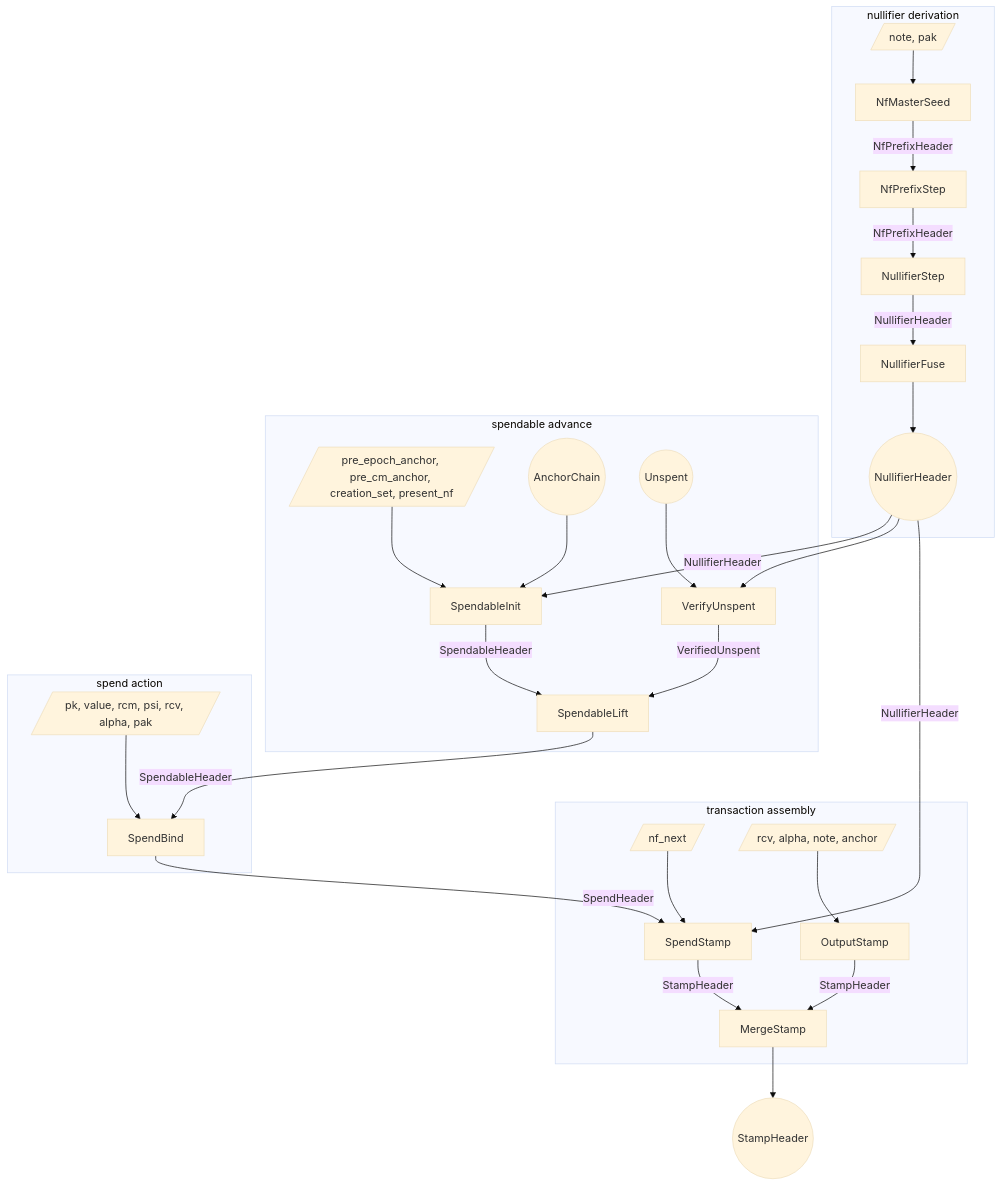
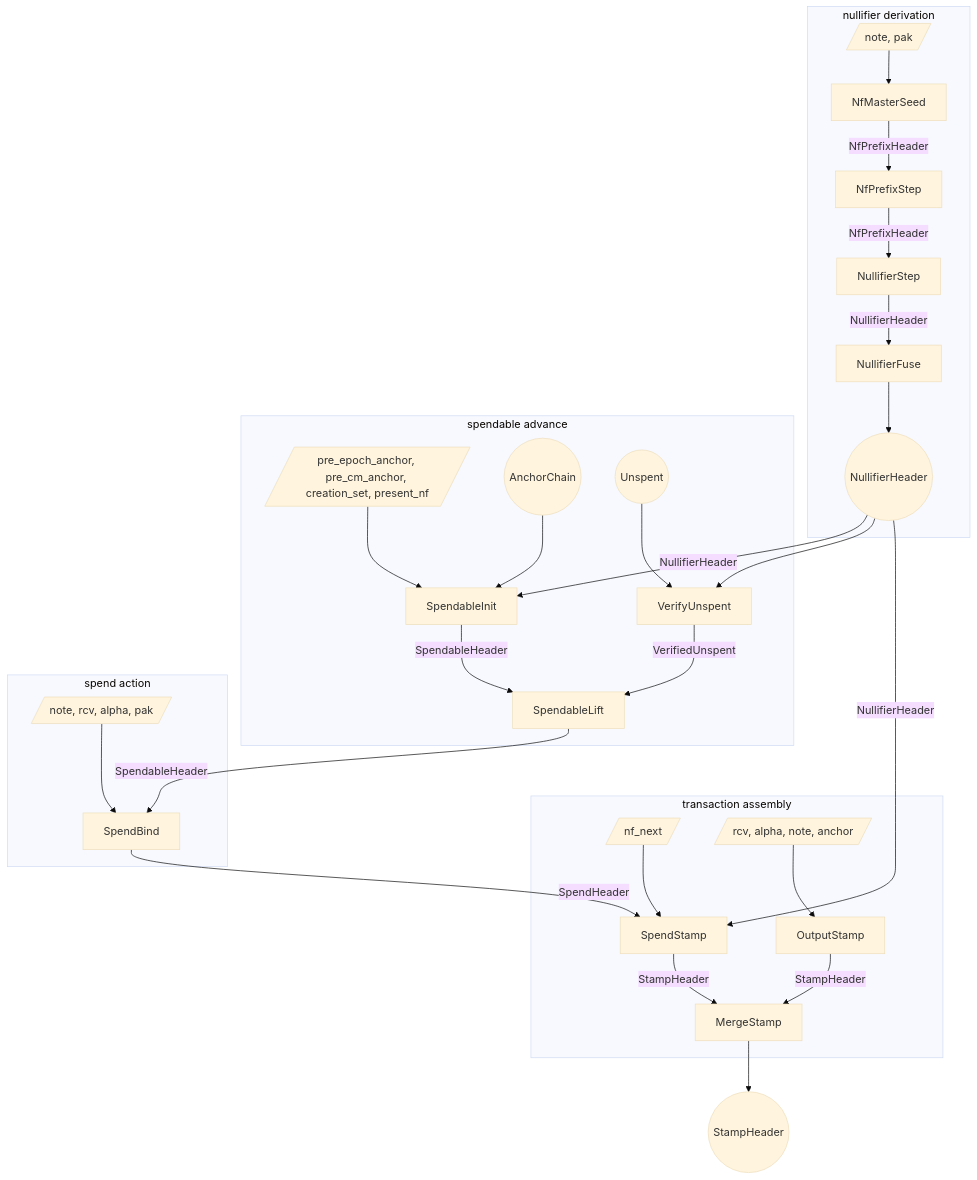
The first of 3 diagrams in book/src/proof-tree.md (tachyon-zcash/tachyon), drawn with Mermaid (base theme) before and after one commit. The commit also changed other lines of this file and 22 other files, not shown here.

````diff
--- a/book/src/proof-tree.md
+++ b/book/src/proof-tree.md
@@ -202,60 +207,60 @@
 ```mermaid
 flowchart TB
   subgraph derive [nullifier derivation]
     w_seed[/note, pak/]
     s_seed[NfMasterSeed]
     s_walk[NfPrefixStep]
     s_leaf[NullifierStep]
     s_dfuse[NullifierFuse]
     nf_range((NullifierHeader))
   end
 
   subgraph spendable [spendable advance]
     w_init[/pre_epoch_anchor, pre_cm_anchor, creation_set, present_nf/]
     anchor_init((AnchorChain))
     s_init[SpendableInit]
     unspent_in((Unspent))
     s_verify[VerifyUnspent]
     s_lift[SpendableLift]
   end
 
   subgraph spend_action [spend action]
-    w_bind[/pk, value, rcm, psi, rcv, alpha, pak/]
+    w_bind[/note, rcv, alpha, pak/]
     s_bind[SpendBind]
   end
 
   subgraph merge [transaction assembly]
     w_stamp[/nf_next/]
     s_spendstamp[SpendStamp]
     w_output[/rcv, alpha, note, anchor/]
     s_output[OutputStamp]
     s_merge[MergeStamp]
   end
 
   stamp_out((StampHeader))
 
   w_seed --> s_seed
   s_seed -->|NfPrefixHeader| s_walk
   s_walk -->|NfPrefixHeader| s_leaf
   s_leaf -->|NullifierHeader| s_dfuse
   s_dfuse --> nf_range
 
   anchor_init --> s_init
   nf_range -->|NullifierHeader| s_init
   w_init --> s_init
   nf_range --> s_verify
   unspent_in --> s_verify
   s_init -->|SpendableHeader| s_lift
   s_verify -->|VerifiedUnspent| s_lift
   s_lift -->|SpendableHeader| s_bind
 
   w_bind --> s_bind
   s_bind -->|SpendHeader| s_spendstamp
   nf_range -->|NullifierHeader| s_spendstamp
   w_stamp --> s_spendstamp
 
   w_output --> s_output
   s_spendstamp -->|StampHeader| s_merge
   s_output -->|StampHeader| s_merge
   s_merge --> stamp_out
 ```
````
